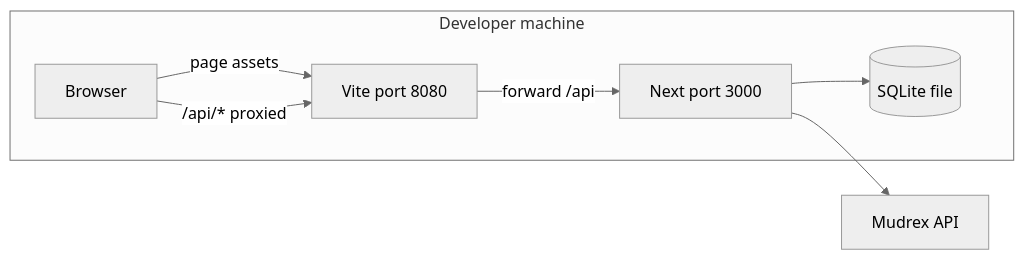
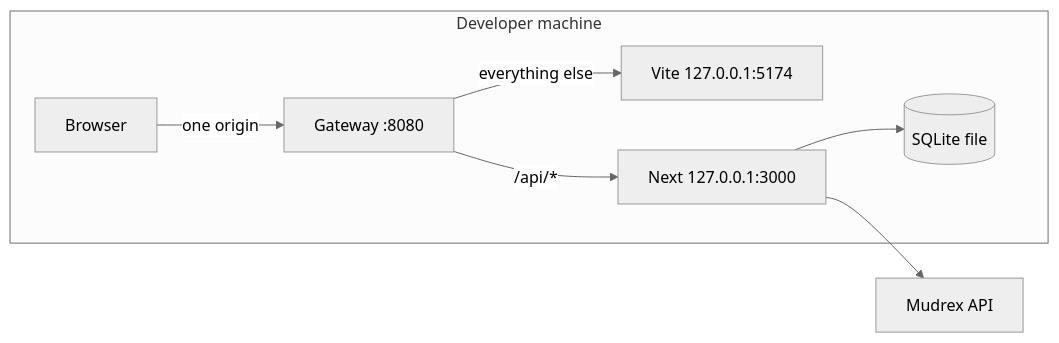
The second of 7 diagrams in README.md (DecentralizedJM/RexAlgo), drawn with Mermaid (neutral theme) before and after one commit. The commit also changed other lines of this file and 6 other files, not shown here.

````diff
--- a/README.md
+++ b/README.md
@@ -161,16 +160,17 @@
 ```mermaid
 flowchart LR
   subgraph dev [Developer machine]
     BR[Browser]
-    V["Vite port 8080"]
-    N["Next port 3000"]
+    GW["Gateway :8080"]
+    V[Vite 127.0.0.1:5174]
+    N[Next 127.0.0.1:3000]
     DB[(SQLite file)]
   end
   MR[Mudrex API]
 
-  BR -->|page assets| V
-  BR -->|/api/* proxied| V
-  V -->|forward /api| N
+  BR -->|one origin| GW
+  GW -->|/api/*| N
+  GW -->|everything else| V
   N --> DB
   N --> MR
 ```
````
